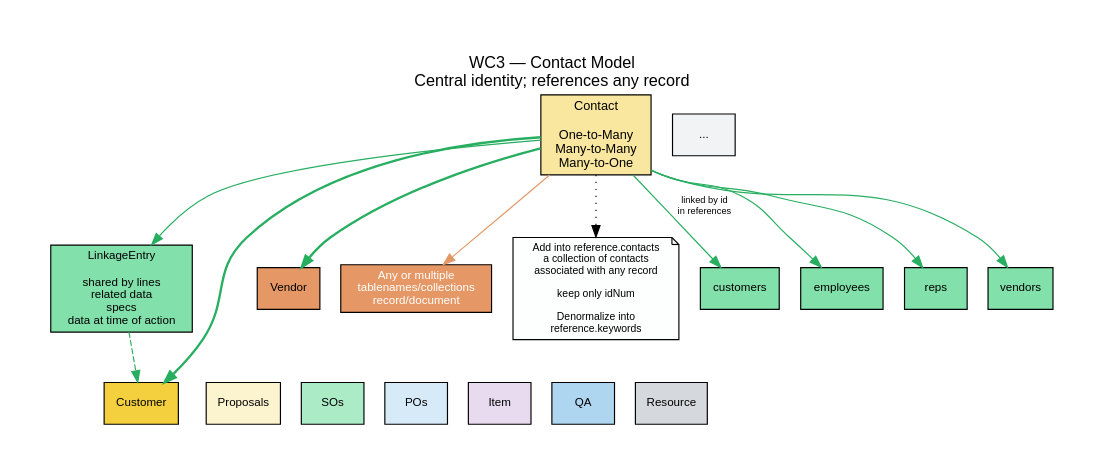
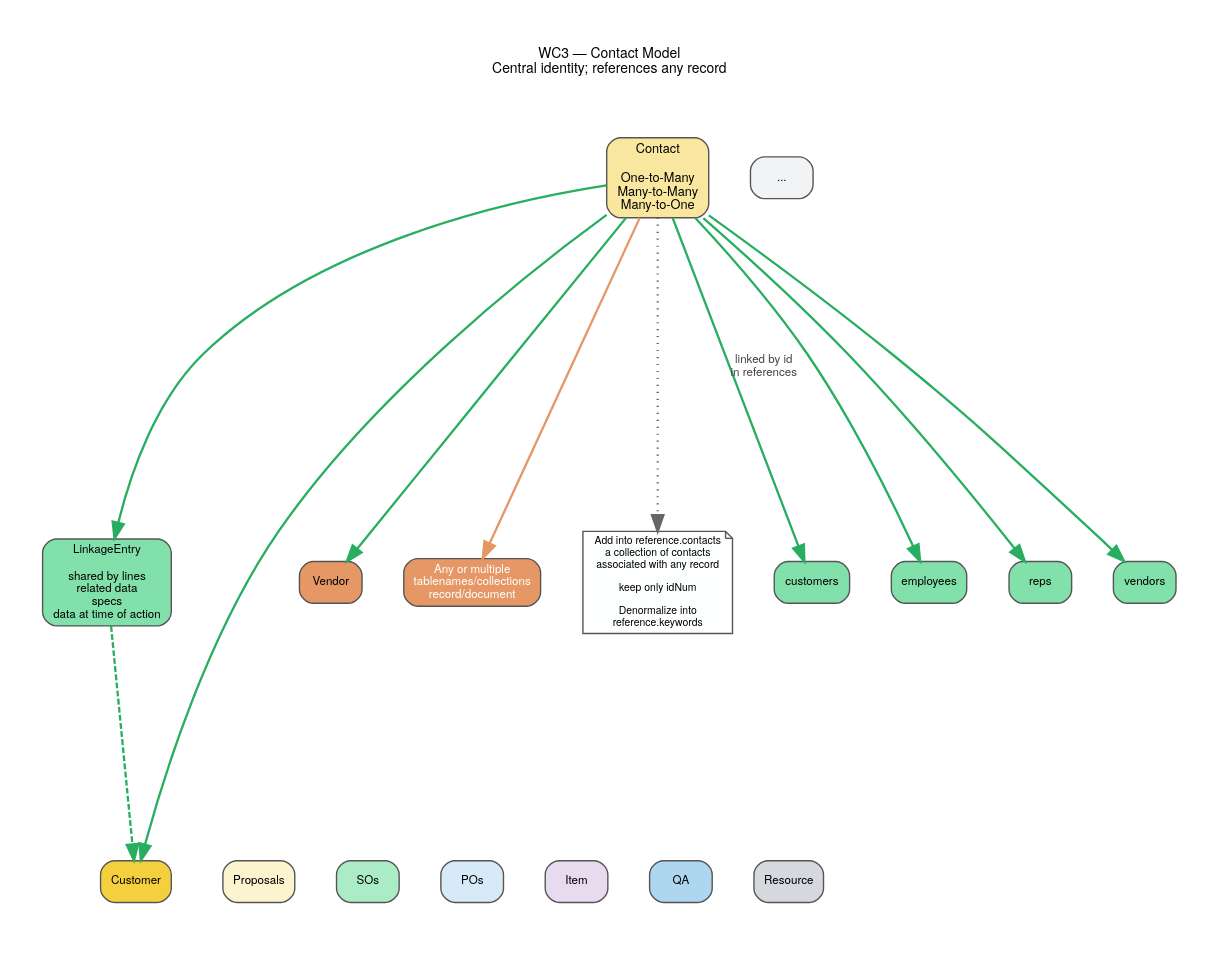
Before and after one commit to JPods/allie-core: the diagram in readmes/flowcharts/wc3-contact.enriched.dot, drawn with Graphviz. The commit also changed 121 other files, not shown here.

First line of the commit message:
CodeMap: live architecture tool — 3 layers, 34 flowcharts, 55+ mapped nodes

```diff
--- a/readmes/flowcharts/wc3-contact.enriched.dot
+++ b/readmes/flowcharts/wc3-contact.enriched.dot
@@ -1,68 +1,92 @@
 // WC3 Contact — central identity model
 // Contact references any record; denormalizes into reference.keywords
 // Render: dot -Tpdf wc3-contact.dot -o wc3-contact.pdf
 
 // CodeMap revision: 1 — 2026-08-11
 
 digraph wc3_contact {
+    // ── CodeMap Standard Style ──
+    fontname="Helvetica Neue,Helvetica,Arial,sans-serif"
+    fontsize=12
+    bgcolor="white"
+    pad=0.4
+    nodesep=0.5
+    ranksep=0.6
+    splines=true
+    ratio=0.75
+
+    node [
+        fontname="Helvetica Neue,Helvetica,Arial,sans-serif"
+        fontsize=10
+        style="filled,rounded"
+        shape=box
+        penwidth=1.2
+        color="#555555"
+        margin="0.12,0.06"
+    ]
+
+    edge [
+        fontname="Helvetica Neue,Helvetica,Arial,sans-serif"
+        fontsize=10
+        penwidth=2.0
+        arrowhead=normal
+        arrowsize=1.4
+        color="#666666"
+        fontcolor="#444444"
+    ]
+
     rankdir=TB
-    fontname="Helvetica"
-    fontsize=11
-    node [fontname="Helvetica" fontsize=10 style=filled]
-    edge [fontname="Helvetica" fontsize=8]
     label="WC3 — Contact Model\nCentral identity; references any record"
     labelloc=t
-    fontsize=14
-    pad=0.5
 
     // Contact
-    contact [label="Contact\n\nOne-to-Many\nMany-to-Many\nMany-to-One" shape=box fillcolor="#F9E79F" fontsize=11]
+    contact [label="Contact\n\nOne-to-Many\nMany-to-Many\nMany-to-One" shape=box fillcolor="#F9E79F" fontsize=11 URL="vscode://file/Users/williamjames/Documents/CommerceExpert/webClerk3/apps/contacts/models/contact.py" target="_blank" tooltip="Central identity — customers, vendors, employees. Has related Email, Phone, Address models.\nModel: apps/contacts/models/contact.py"]
 
     // Linkage
     linkage [label="LinkageEntry\n\nshared by lines\nrelated data\nspecs\ndata at time of action" shape=box fillcolor="#82E0AA" URL="vscode://file/Users/williamjames/Documents/CommerceExpert/webClerk3/apps/core/models/linkage.py" target="_blank" tooltip="Shared line data — specs, related records, data at time of action.\nModel: apps/core/models/linkage.py"]
 
     // Record types
     customer [label="Customer" shape=box fillcolor="#F4D03F"]
     vendor [label="Vendor" shape=box fillcolor="#E59866"]
     proposals [label="Proposals" shape=box fillcolor="#FCF3CF" URL="vscode://file/Users/williamjames/Documents/CommerceExpert/webClerk3/apps/transactions/models/proposal.py" target="_blank" tooltip="Sales proposals — forecasts weighted by probability.\nModel: apps/transactions/models/proposal.py"]
     sos [label="SOs" shape=box fillcolor="#ABEBC6"]
     pos [label="POs" shape=box fillcolor="#D6EAF8"]
     item_rec [label="Item" shape=box fillcolor="#E8DAEF"]
     qa_rec [label="QA" shape=box fillcolor="#AED6F1"]
     resource [label="Resource" shape=box fillcolor="#D5D8DC"]
     dots [label="..." shape=box fillcolor="#F2F3F4"]
 
     // Any record
     any_record [label="Any or multiple\ntablenames/collections\nrecord/document" shape=box fillcolor="#E59866" fontcolor=white]
 
     // Rules
     rules [label="Add into reference.contacts\na collection of contacts\nassociated with any record\n\nkeep only idNum\n\nDenormalize into\nreference.keywords" shape=note fillcolor="#FDFEFE" fontsize=9]
 
     // Role types
     customers_role [label="customers" shape=box fillcolor="#82E0AA"]
     employees_role [label="employees" shape=box fillcolor="#82E0AA"]
     reps_role [label="reps" shape=box fillcolor="#82E0AA"]
     vendors_role [label="vendors" shape=box fillcolor="#82E0AA"]
 
     // Edges — Contact to records
     contact -> customer [color="#27AE60" style=bold]
     contact -> vendor [color="#27AE60" style=bold]
     contact -> any_record [color="#E59866"]
     any_record -> proposals [style=invis]
     any_record -> sos [style=invis]
     any_record -> pos [style=invis]
     any_record -> item_rec [style=invis]
     any_record -> qa_rec [style=invis]
     any_record -> resource [style=invis]
 
     contact -> linkage [color="#27AE60"]
     linkage -> customer [color="#27AE60" style=dashed]
 
     contact -> rules [style=dotted]
 
     // Roles
     contact -> customers_role [label="linked by id\nin references" color="#27AE60"]
     contact -> employees_role [color="#27AE60"]
     contact -> reps_role [color="#27AE60"]
     contact -> vendors_role [color="#27AE60"]
 }
```
